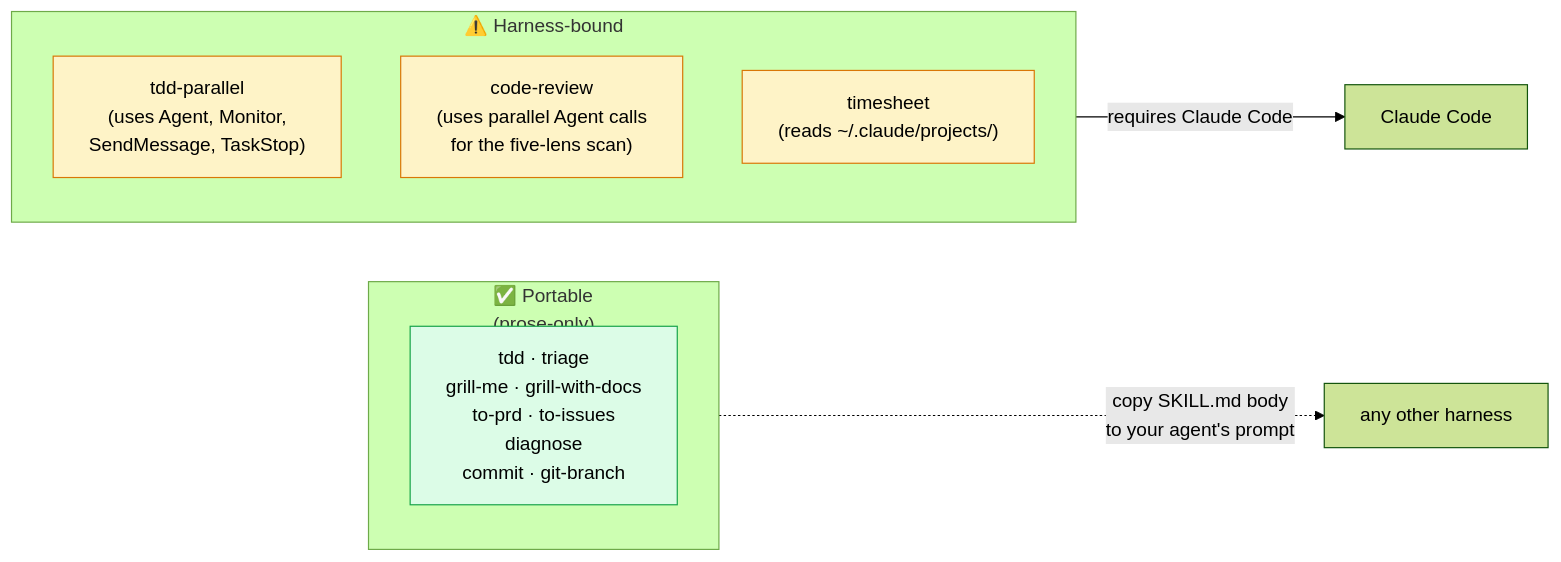
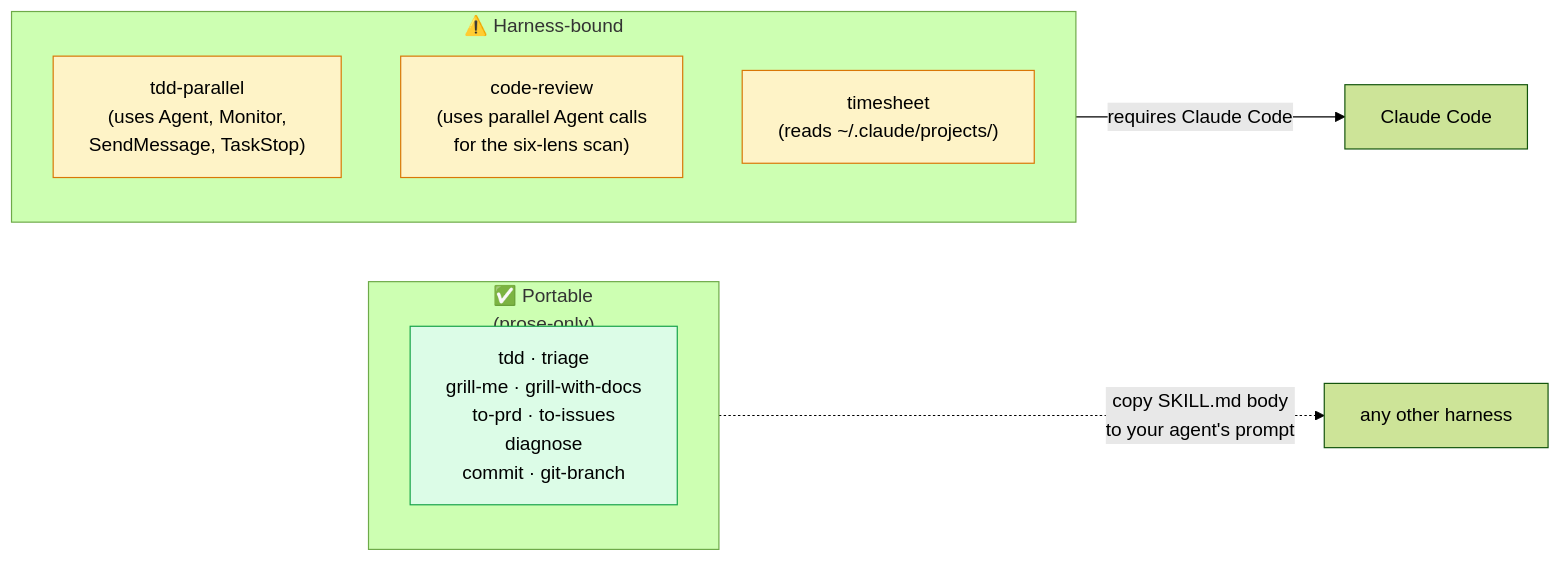
The first of 5 diagrams in docs/faq.md (ZunoSmartLabs/zsl-superpowers), drawn with Mermaid (forest theme) before and after one commit. The commit also changed other lines of this file and 2 other files, not shown here.

Commit message:
feat: add Spec lens to /code-review parallel scan (5 → 6 lenses)
The existing five lenses (clean-code, CLAUDE.md compliance, git
history, prior PR comments, inline comments) all read the diff and
the surrounding repo. None of them ask "did this faithfully implement
what the spec asked for?"

The new Spec lens looks up the originating PRD/issue via:
1. Issue references in commit messages (#123, Closes #45, GitLab !67)
   — fetched via docs/agents/issue-tracker.md
2. A path the user passed as an argument
3. A PRD or AGENT-BRIEF under docs/, specs/, or .scratch/ matching
   the branch slug or feature name

If no spec is found the lens returns "no spec available" and is
skipped. Otherwise it reports missing requirements, scope creep, and
wrong-implementation findings with the relevant spec line quoted.

Inspired by upstream mattpocock/skills' two-axis /review skill;
adapted as one more lens in our existing parallel scan rather than a
separate skill.

Docs updated: faq.md "five concurrent" → "six concurrent",
skills/index.md code-review row updated.

````diff
--- a/docs/faq.md
+++ b/docs/faq.md
@@ -17,18 +17,18 @@
 ```mermaid
 flowchart LR
     subgraph portable["✅ Portable<br/>(prose-only)"]
         p1["tdd · triage<br/>grill-me · grill-with-docs<br/>to-prd · to-issues<br/>diagnose<br/>commit · git-branch"]
     end
     subgraph harness["⚠️ Harness-bound"]
         h1["tdd-parallel<br/>(uses Agent, Monitor,<br/>SendMessage, TaskStop)"]
-        h3["code-review<br/>(uses parallel Agent calls<br/>for the five-lens scan)"]
+        h3["code-review<br/>(uses parallel Agent calls<br/>for the six-lens scan)"]
         h2["timesheet<br/>(reads ~/.claude/projects/)"]
     end
     portable -.->|"copy SKILL.md body<br/>to your agent's prompt"| other["any other harness"]
     harness -->|"requires Claude Code"| cc["Claude Code"]
 
     classDef good fill:#dcfce7,stroke:#16a34a;
     classDef bound fill:#fef3c7,stroke:#d97706;
     class p1 good
     class h1,h2,h3 bound
 ```
````
